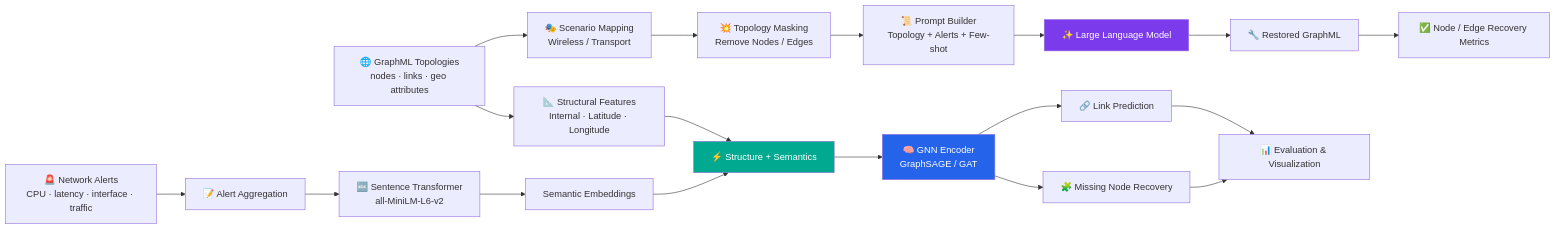
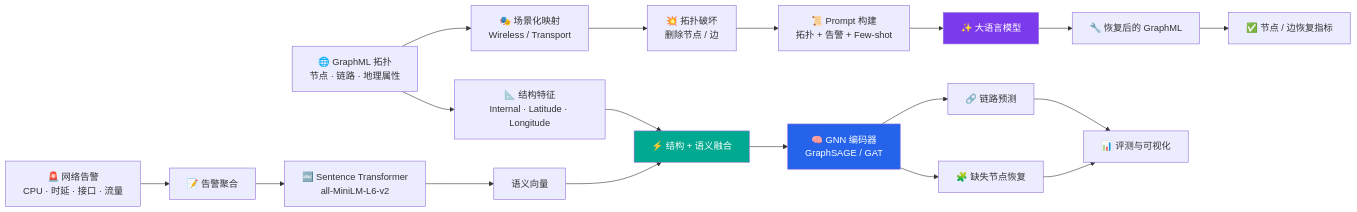
One commit to Xu0225/GNN_LLM_EXP changed the first of 4 diagrams in readme.md. Above: the diagram before and after it, drawn with Mermaid. The commit also changed other lines of this file, not shown here.

```diff
--- a/readme.md
+++ b/readme.md
@@ -62,31 +68,31 @@
 ~~~mermaid
 flowchart LR
-    T["🌐 GraphML Topologies<br/>nodes · links · geo attributes"]
-    A["🚨 Network Alerts<br/>CPU · latency · interface · traffic"]
+    T["🌐 GraphML 拓扑<br/>节点 · 链路 · 地理属性"]
+    A["🚨 网络告警<br/>CPU · 时延 · 接口 · 流量"]
 
-    A --> AE["📝 Alert Aggregation"]
+    A --> AE["📝 告警聚合"]
     AE --> SE["🔤 Sentence Transformer<br/>all-MiniLM-L6-v2"]
-    SE --> SEM["Semantic Embeddings"]
+    SE --> SEM["语义向量"]
 
-    T --> SF["📐 Structural Features<br/>Internal · Latitude · Longitude"]
-    SF --> FUSE["⚡ Structure + Semantics"]
+    T --> SF["📐 结构特征<br/>Internal · Latitude · Longitude"]
+    SF --> FUSE["⚡ 结构 + 语义融合"]
     SEM --> FUSE
 
-    FUSE --> GNN["🧠 GNN Encoder<br/>GraphSAGE / GAT"]
-    GNN --> LP["🔗 Link Prediction"]
-    GNN --> NR["🧩 Missing Node Recovery"]
+    FUSE --> GNN["🧠 GNN 编码器<br/>GraphSAGE / GAT"]
+    GNN --> LP["🔗 链路预测"]
+    GNN --> NR["🧩 缺失节点恢复"]
 
-    T --> SCENE["🎭 Scenario Mapping<br/>Wireless / Transport"]
-    SCENE --> MASK["💥 Topology Masking<br/>Remove Nodes / Edges"]
-    MASK --> PROMPT["📜 Prompt Builder<br/>Topology + Alerts + Few-shot"]
-    PROMPT --> LLM["✨ Large Language Model"]
-    LLM --> RESTORE["🔧 Restored GraphML"]
+    T --> SCENE["🎭 场景化映射<br/>Wireless / Transport"]
+    SCENE --> MASK["💥 拓扑破坏<br/>删除节点 / 边"]
+    MASK --> PROMPT["📜 Prompt 构建<br/>拓扑 + 告警 + Few-shot"]
+    PROMPT --> LLM["✨ 大语言模型"]
+    LLM --> RESTORE["🔧 恢复后的 GraphML"]
 
-    LP --> VIZ["📊 Evaluation & Visualization"]
+    LP --> VIZ["📊 评测与可视化"]
     NR --> VIZ
-    RESTORE --> EV["✅ Node / Edge Recovery Metrics"]
+    RESTORE --> EV["✅ 节点 / 边恢复指标"]
 
     style GNN fill:#2563EB,color:#fff
     style LLM fill:#7C3AED,color:#fff
     style FUSE fill:#00A98F,color:#fff
 ~~~
```
